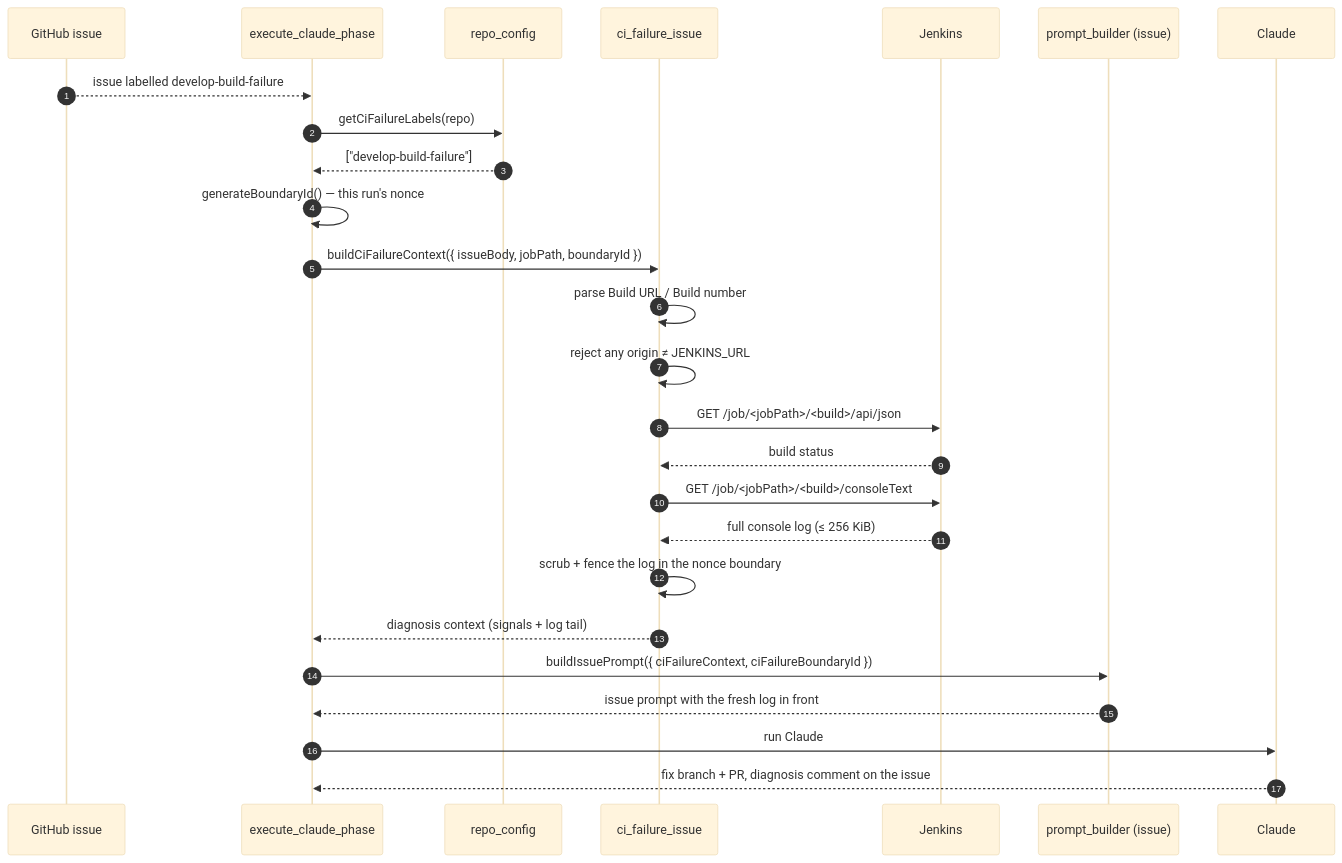
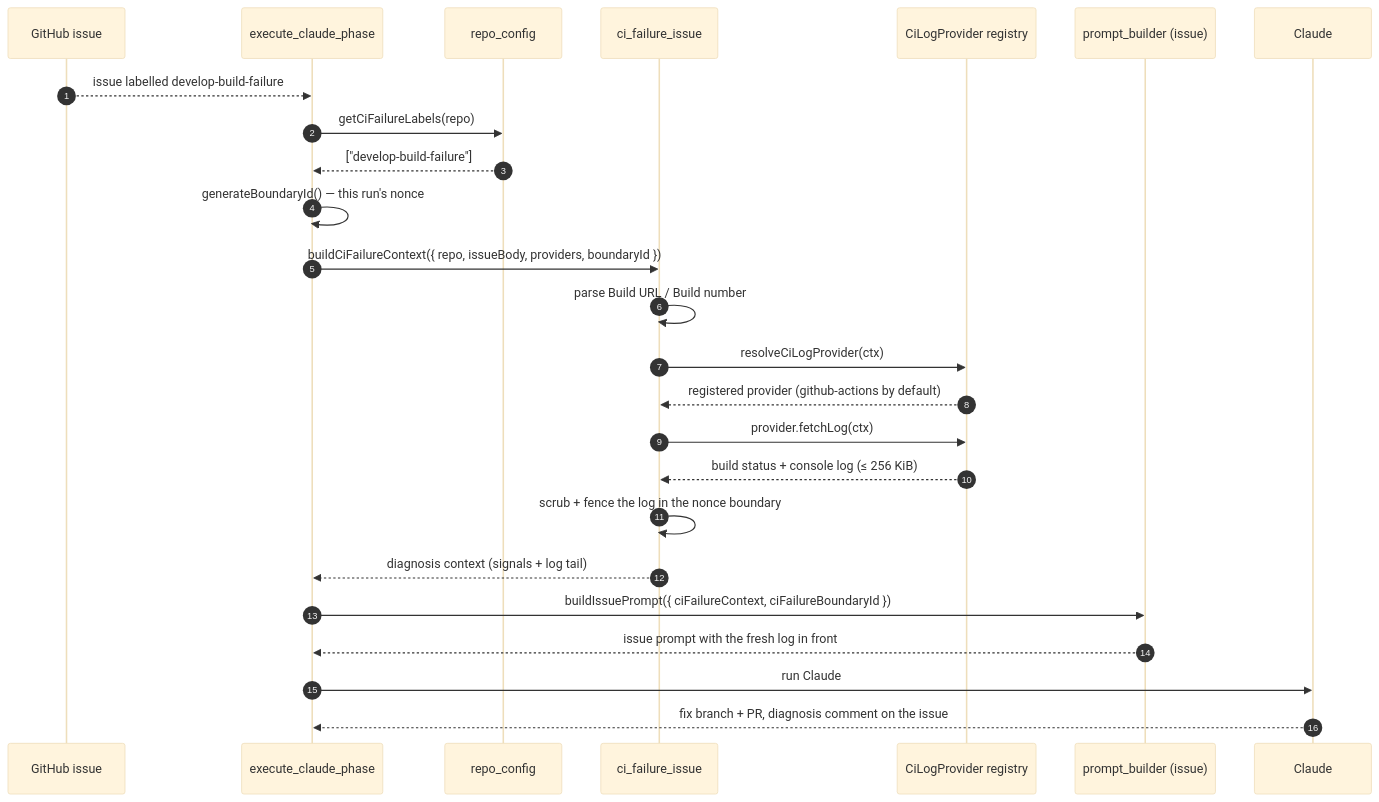
The diagram in docs/ci-failure-issue-log-fetch.md (stSoftwareAU/VibeCoder), drawn with Mermaid (base theme) before and after one commit. The commit also changed other lines of this file and 7 other files, not shown here.

First line of the commit message:
docs: de-vendor the CI log documentation (Issue #986)

````diff
--- a/docs/ci-failure-issue-log-fetch.md
+++ b/docs/ci-failure-issue-log-fetch.md
@@ -24,29 +22,28 @@
 ```mermaid
 sequenceDiagram
     autonumber
     participant GH as GitHub issue
     participant W as execute_claude_phase
     participant C as repo_config
     participant P as ci_failure_issue
-    participant J as Jenkins
+    participant R as CiLogProvider registry
     participant B as prompt_builder (issue)
     participant Cl as Claude
 
     GH-->>W: issue labelled develop-build-failure
     W->>C: getCiFailureLabels(repo)
     C-->>W: ["develop-build-failure"]
     W->>W: generateBoundaryId() — this run's nonce
-    W->>P: buildCiFailureContext({ issueBody, jobPath, boundaryId })
+    W->>P: buildCiFailureContext({ repo, issueBody, providers, boundaryId })
     P->>P: parse Build URL / Build number
-    P->>P: reject any origin ≠ JENKINS_URL
-    P->>J: GET /job/<jobPath>/<build>/api/json
-    J-->>P: build status
-    P->>J: GET /job/<jobPath>/<build>/consoleText
-    J-->>P: full console log (≤ 256 KiB)
+    P->>R: resolveCiLogProvider(ctx)
+    R-->>P: registered provider (github-actions by default)
+    P->>R: provider.fetchLog(ctx)
+    R-->>P: build status + console log (≤ 256 KiB)
     P->>P: scrub + fence the log in the nonce boundary
     P-->>W: diagnosis context (signals + log tail)
     W->>B: buildIssuePrompt({ ciFailureContext, ciFailureBoundaryId })
     B-->>W: issue prompt with the fresh log in front
     W->>Cl: run Claude
     Cl-->>W: fix branch + PR, diagnosis comment on the issue
 ```
````
